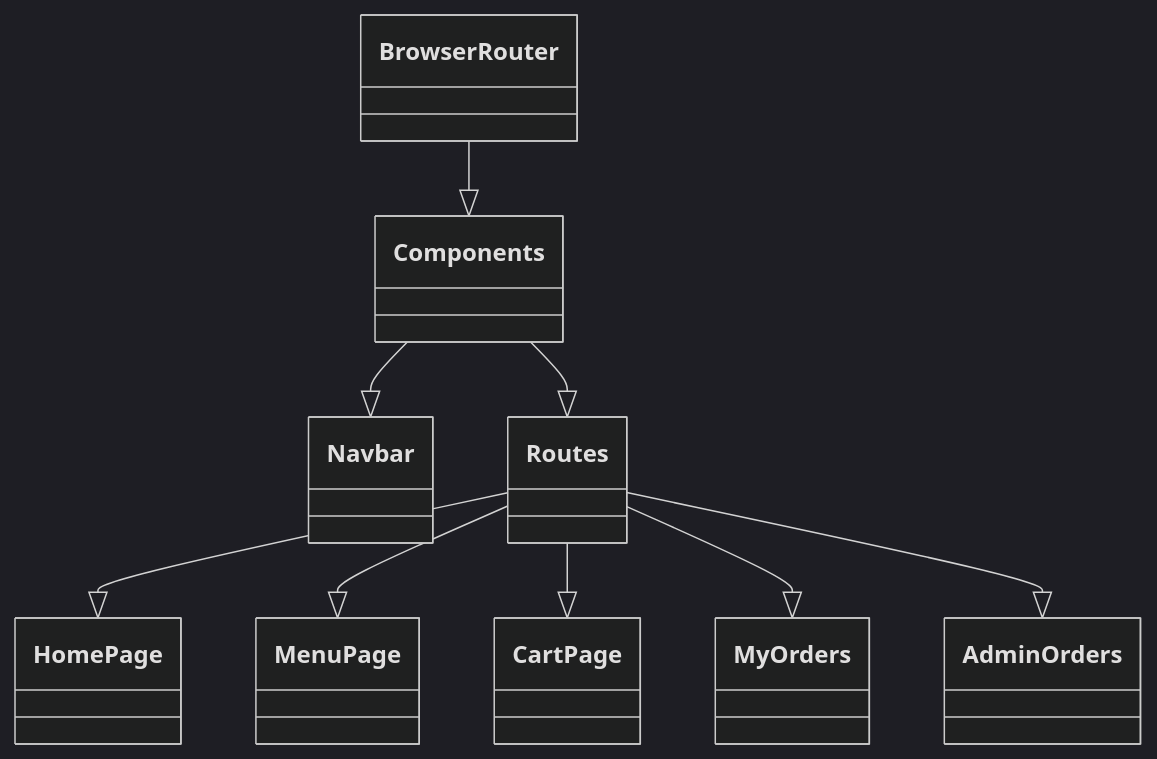
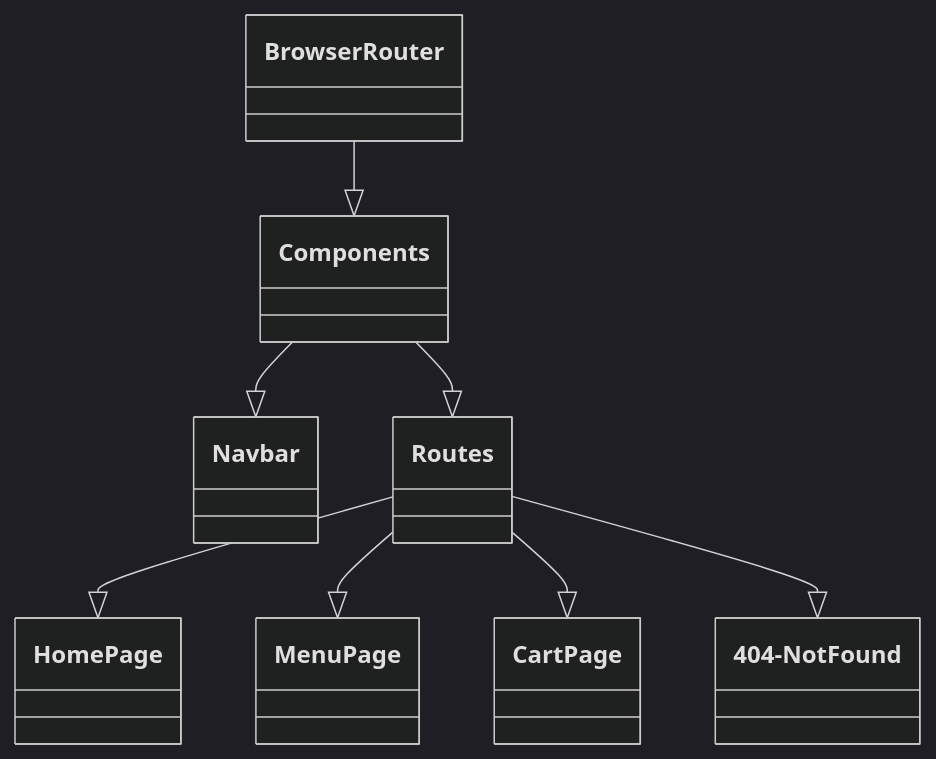
One commit to Nishu2000-hub/MyBlog changed the third of 3 diagrams in README.md. Above: the diagram before and after it, drawn with Mermaid (dark theme).

````diff
--- a/README.md
+++ b/README.md
@@ -62,12 +62,11 @@
 ```mermaid
 classDiagram
     BrowserRouter --|> Components
     Components --|> Navbar
     Components --|> Routes
 
     Routes --|> HomePage
     Routes --|> MenuPage
     Routes --|> CartPage
-    Routes --|> MyOrders
-    Routes --|> AdminOrders
+    Routes --|> 404-Not Found
 ```
````
